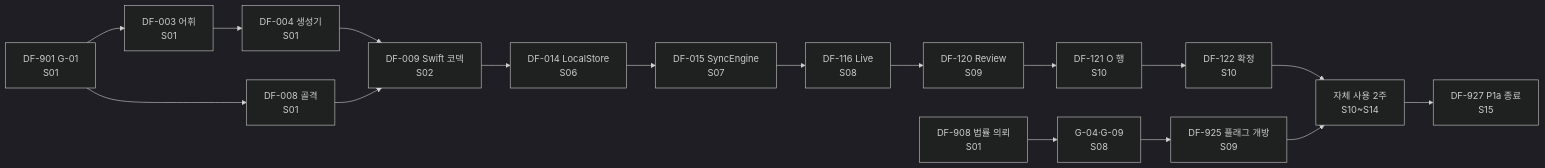
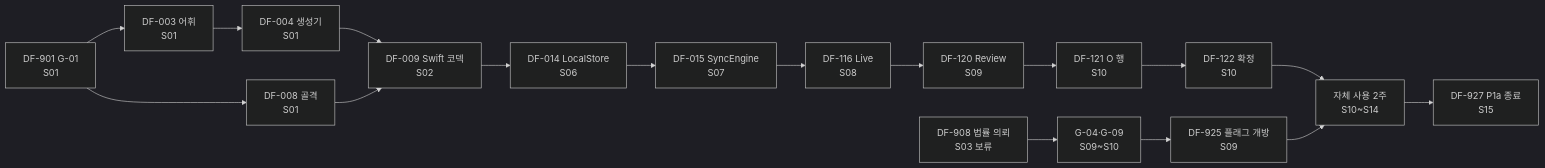
One commit to TEhyeok/DFET_Coach changed the second of 2 diagrams in docs/v1/03_RELEASE_AND_SPRINT_PLAN.md. Above: the diagram before and after it, drawn with Mermaid (dark theme). The commit also changed other lines of this file and 7 other files, not shown here.

````diff
--- a/docs/v1/03_RELEASE_AND_SPRINT_PLAN.md
+++ b/docs/v1/03_RELEASE_AND_SPRINT_PLAN.md
@@ -237,19 +242,19 @@
 ```mermaid
 flowchart LR
   A[DF-901 G-01<br/>S01] --> B[DF-003 어휘<br/>S01]
   B --> C[DF-004 생성기<br/>S01]
   C --> D[DF-009 Swift 코덱<br/>S02]
   A --> E[DF-008 골격<br/>S01]
   E --> D
   D --> F[DF-014 LocalStore<br/>S06]
   F --> G[DF-015 SyncEngine<br/>S07]
   G --> H[DF-116 Live<br/>S08]
   H --> I[DF-120 Review<br/>S09]
   I --> J[DF-121 O 행<br/>S10]
   J --> K[DF-122 확정<br/>S10]
   K --> L[자체 사용 2주<br/>S10~S14]
   L --> M[DF-927 P1a 종료<br/>S15]
-  N[DF-908 법률 의뢰<br/>S01] --> O[G-04·G-09<br/>S08]
+  N[DF-908 법률 의뢰<br/>S03 보류] --> O[G-04·G-09<br/>S09~S10]
   O --> P[DF-925 플래그 개방<br/>S09]
   P --> L
 ```
````
